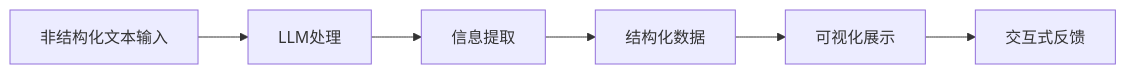
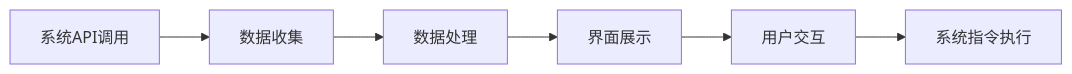
Before and after one commit to wayyoungboy/github-trending-reporter: the third of 6 diagrams in reports/2026/01/2026-01-20.md, drawn with Mermaid. The commit also changed other lines of this file and 1 other file, not shown here.

````diff
--- a/reports/2026/01/2026-01-20.md
+++ b/reports/2026/01/2026-01-20.md
@@ -159,8 +162,8 @@
 ```mermaid
 graph LR
-    A[非结构化文本输入] --> B[LLM处理]
-    B --> C[信息提取]
-    C --> D[结构化数据]
-    D --> E[可视化展示]
-    E --> F[交互式反馈]
+    A[系统API调用] --> B[数据收集]
+    B --> C[数据处理]
+    C --> D[界面展示]
+    D --> E[用户交互]
+    E --> F[系统指令执行]
 ```
````
